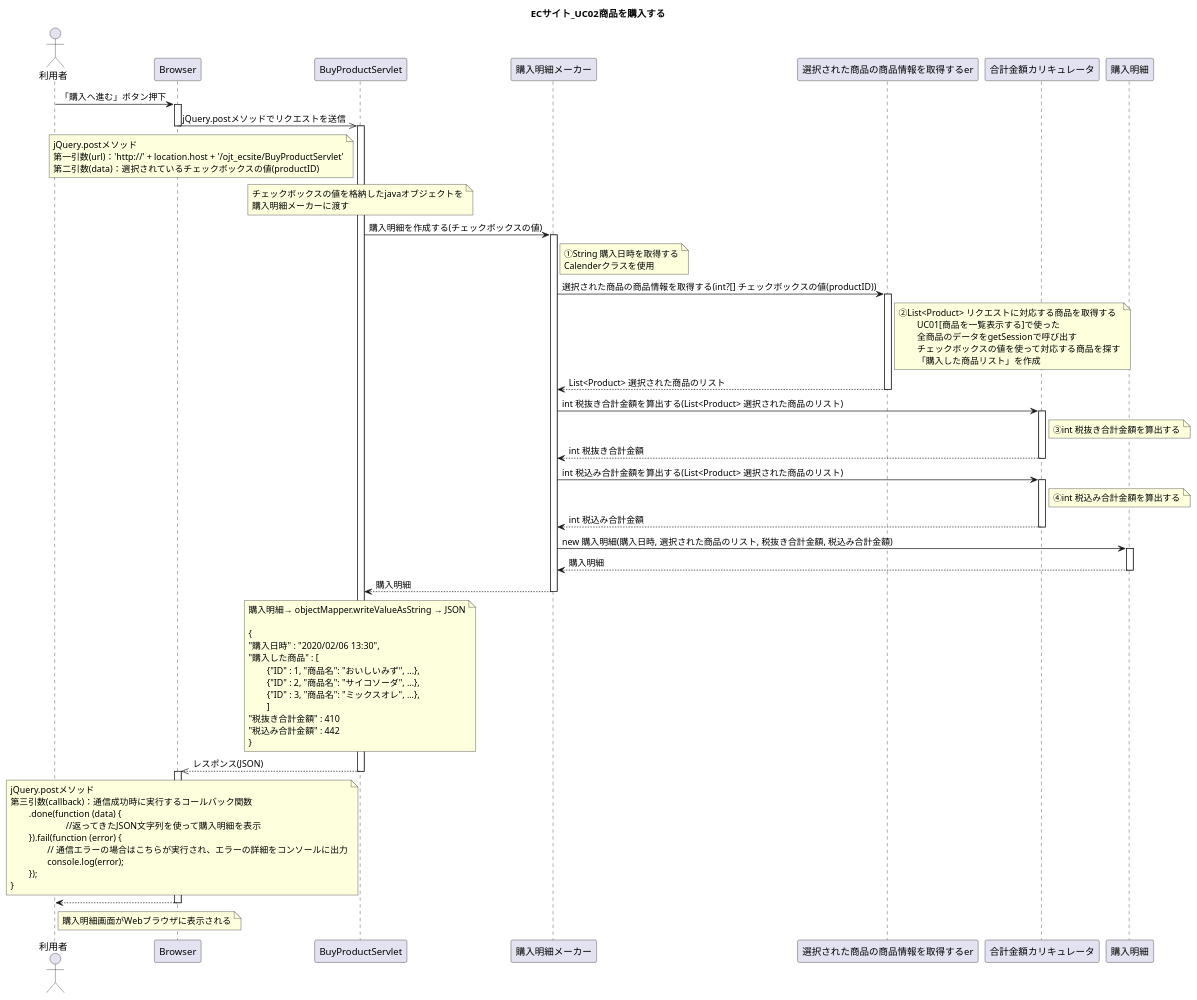
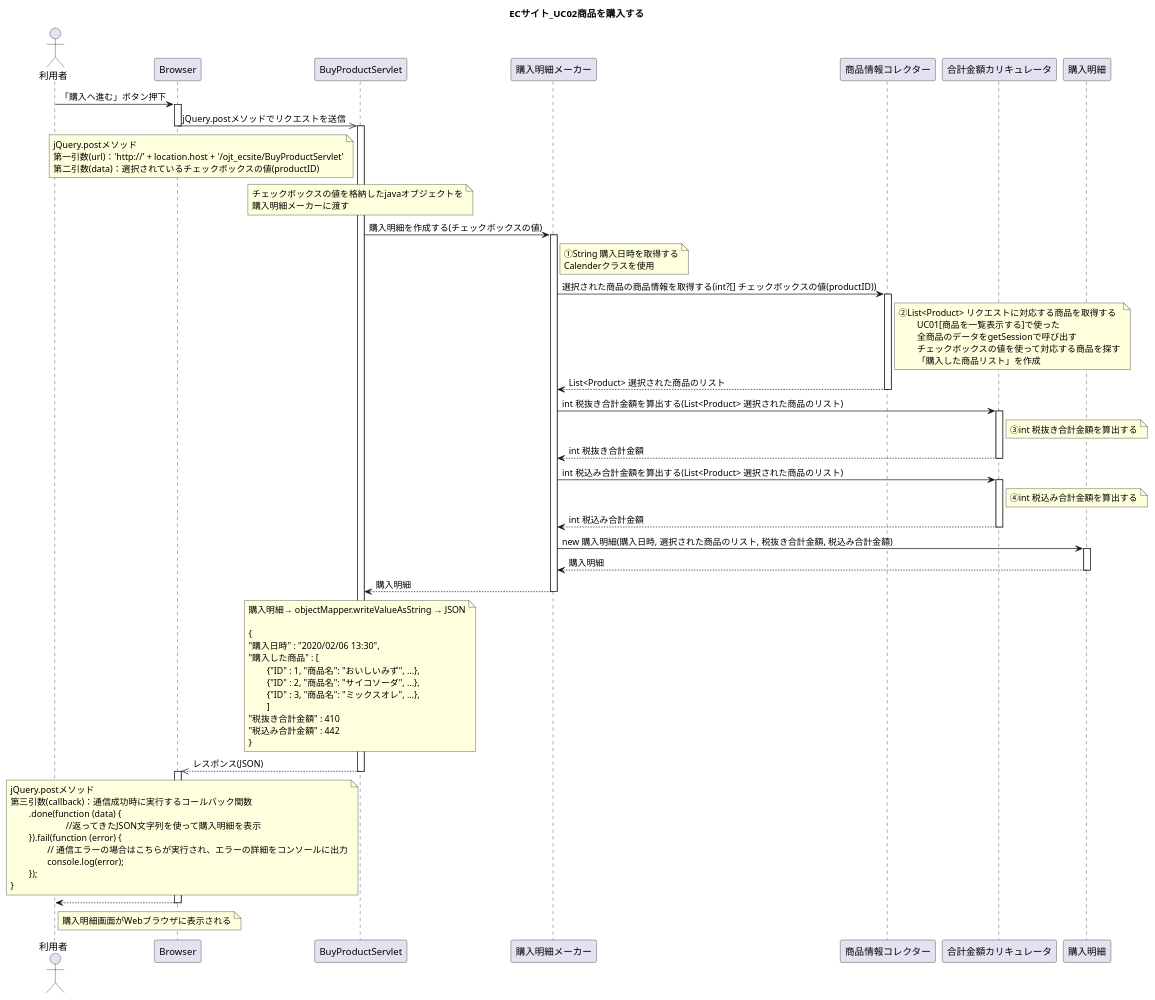
The diagram in UML/Sequence02.puml (wnakayama/ojt_ecsite), drawn with PlantUML before and after one commit. The commit also changed 3 other files, not shown here.

```diff
--- a/UML/Sequence02.puml
+++ b/UML/Sequence02.puml
@@ -1,109 +1,109 @@
 @startuml
 title ECサイト_UC02商品を購入する
 
 actor 利用者
 
 利用者 -> Browser : 「購入へ進む」ボタン押下
 activate Browser
 
 Browser ->> BuyProductServlet : jQuery.postメソッドでリクエストを送信
 deactivate Browser
 activate BuyProductServlet
 
 	note left of BuyProductServlet
 	jQuery.postメソッド
 	第一引数(url)：'http://' + location.host + '/ojt_ecsite/BuyProductServlet'
 	第二引数(data)：選択されているチェックボックスの値(productID)
 	end note
 
 	note over BuyProductServlet
 	チェックボックスの値を格納したjavaオブジェクトを
 	購入明細メーカーに渡す
 	end note
 
 BuyProductServlet -> 購入明細メーカー : 購入明細を作成する(チェックボックスの値)
 activate 購入明細メーカー
 
 	note right of 購入明細メーカー
 	①String 購入日時を取得する
 	Calenderクラスを使用
 	end note
 
 
-購入明細メーカー -> 選択された商品の商品情報を取得するer : 選択された商品の商品情報を取得する(int?[] チェックボックスの値(productID))
-activate 選択された商品の商品情報を取得するer
-	note right of 選択された商品の商品情報を取得するer
+購入明細メーカー -> 商品情報コレクター : 選択された商品の商品情報を取得する(int?[] チェックボックスの値(productID))
+activate 商品情報コレクター
+	note right of 商品情報コレクター
 	②List<Product> リクエストに対応する商品を取得する
 		UC01[商品を一覧表示する]で使った
 		全商品のデータをgetSessionで呼び出す
 		チェックボックスの値を使って対応する商品を探す
 		「購入した商品リスト」を作成
 	end note
-購入明細メーカー <-- 選択された商品の商品情報を取得するer : List<Product> 選択された商品のリスト
-deactivate 選択された商品の商品情報を取得するer
+購入明細メーカー <-- 商品情報コレクター : List<Product> 選択された商品のリスト
+deactivate 商品情報コレクター
 
 購入明細メーカー -> 合計金額カリキュレータ : int 税抜き合計金額を算出する(List<Product> 選択された商品のリスト)
 activate 合計金額カリキュレータ
 	note right of 合計金額カリキュレータ
 	③int 税抜き合計金額を算出する
 	end note
 購入明細メーカー <-- 合計金額カリキュレータ : int 税抜き合計金額
 deactivate 合計金額カリキュレータ
 
 購入明細メーカー -> 合計金額カリキュレータ : int 税込み合計金額を算出する(List<Product> 選択された商品のリスト)
 activate 合計金額カリキュレータ
 	note right of 合計金額カリキュレータ
 	④int 税込み合計金額を算出する
 	end note
 購入明細メーカー <-- 合計金額カリキュレータ : int 税込み合計金額
 deactivate 合計金額カリキュレータ
 
 
 購入明細メーカー -> 購入明細 : new 購入明細(購入日時, 選択された商品のリスト, 税抜き合計金額, 税込み合計金額)
 activate 購入明細
 購入明細メーカー <-- 購入明細 : 購入明細
 deactivate 購入明細
 
 BuyProductServlet <-- 購入明細メーカー : 購入明細
 deactivate 購入明細メーカー
 
 	note over BuyProductServlet
 	購入明細→ objectMapper.writeValueAsString → JSON
 
 	{
 	"購入日時" : "2020/02/06 13:30",
 	"購入した商品" : [
 		{"ID" : 1, "商品名": "おいしいみず", ...},
 		{"ID" : 2, "商品名": "サイコソーダ", ...},
 		{"ID" : 3, "商品名": "ミックスオレ", ...},
 		]
 	"税抜き合計金額" : 410
 	"税込み合計金額" : 442
 	}
 	end note
 
 Browser <<-- BuyProductServlet : レスポンス(JSON)
 deactivate BuyProductServlet
 activate Browser
 
 	note left of BuyProductServlet
 	jQuery.postメソッド
 	第三引数(callback)：通信成功時に実行するコールバック関数
 		.done(function (data) {
 				//返ってきたJSON文字列を使って購入明細を表示
 		}).fail(function (error) {
 			// 通信エラーの場合はこちらが実行され、エラーの詳細をコンソールに出力
 			console.log(error);
 		});
 	}
 	end note
 
 
 利用者 <-- Browser
 	note right of 利用者
 	購入明細画面がWebブラウザに表示される
 	end note
 
 deactivate Browser
 
 @enduml
```
